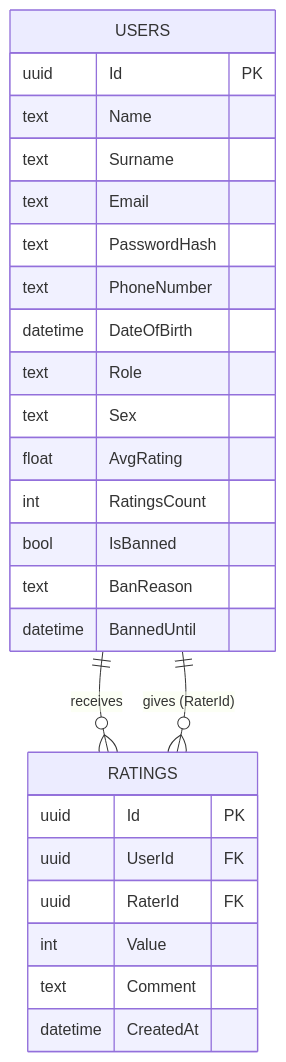
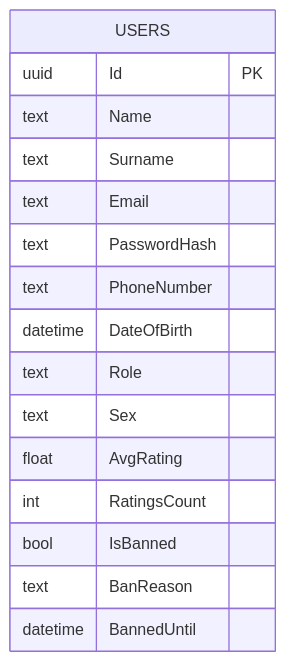
One commit to Lukasz921/RoadTripPullUp changed the first of 3 diagrams in docs/db-schema.md. Above: the diagram before and after it, drawn with Mermaid. The commit also changed other lines of this file, not shown here.

Commit message:
schemadb_update

````diff
--- a/docs/db-schema.md
+++ b/docs/db-schema.md
@@ -11,31 +11,19 @@
 ```mermaid
 erDiagram
     USERS {
         uuid Id PK
         text Name
         text Surname
         text Email
         text PasswordHash
         text PhoneNumber
         datetime DateOfBirth
         text Role
         text Sex
         float AvgRating
         int RatingsCount
         bool IsBanned
         text BanReason
         datetime BannedUntil
     }
-
-    RATINGS {
-        uuid Id PK
-        uuid UserId FK
-        uuid RaterId FK
-        int Value
-        text Comment
-        datetime CreatedAt
-    }
-
-    USERS ||--o{ RATINGS : "receives"
-    USERS ||--o{ RATINGS : "gives (RaterId)"
 ```
````
